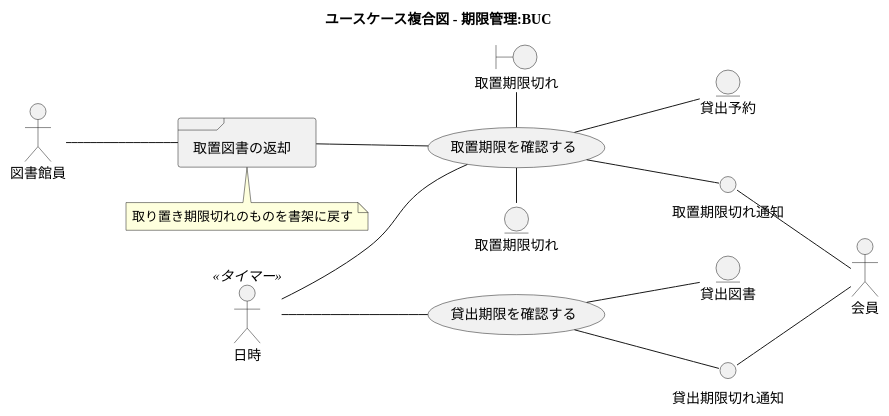
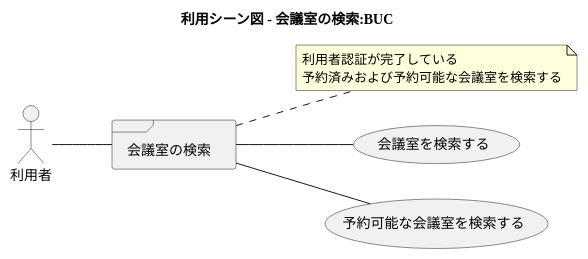
Before and after one commit to k2works/case-study-mrs: the ninth of 15 diagrams in docs/index.adoc, drawn with PlantUML. The commit also changed other lines of this file, not shown here.

```diff
--- a/docs/index.adoc
+++ b/docs/index.adoc
@@ -443,46 +274,26 @@
 [plantuml]
 ----
 @startuml
 
-title ユースケース複合図 - 期限管理:BUC
+title 利用シーン図 - 会議室の検索:BUC
 
 left to right direction
 
-actor 会員
-actor 図書館員
-actor 日時<<タイマー>>
+actor 利用者
 
-frame 取置図書の返却
-note bottom of 取置図書の返却
-  取り置き期限切れのものを書架に戻す
+frame 会議室の検索
+note right of 会議室の検索
+  利用者認証が完了している
+  予約済みおよび予約可能な会議室を検索する
 end note
 
-usecase 貸出期限を確認する
-usecase 取置期限を確認する
+usecase 会議室を検索する
+usecase 予約可能な会議室を検索する
 
-boundary 取置期限切れ as b取置期限切れ
+:利用者: -- 会議室の検索
+会議室の検索 -- (会議室を検索する)
+会議室の検索 -- (予約可能な会議室を検索する)
 
-entity 貸出図書
-entity 貸出予約
-entity 取置期限切れ
-
-interface 貸出期限切れ通知
-interface 取置期限切れ通知
-
-:日時: -- (貸出期限を確認する)
-(貸出期限を確認する) -- 貸出図書
-(貸出期限を確認する) -- 貸出期限切れ通知
-貸出期限切れ通知 -- :会員:
-
-:日時: -- (取置期限を確認する)
-(取置期限を確認する) -- 貸出予約
-(取置期限を確認する) -- 取置期限切れ通知
-取置期限切れ通知 -- :会員:
-(取置期限を確認する) - 取置期限切れ
-
-:図書館員: -- 取置図書の返却
-取置図書の返却 -- (取置期限を確認する)
-b取置期限切れ - (取置期限を確認する)
 
 @enduml
 ----
```
